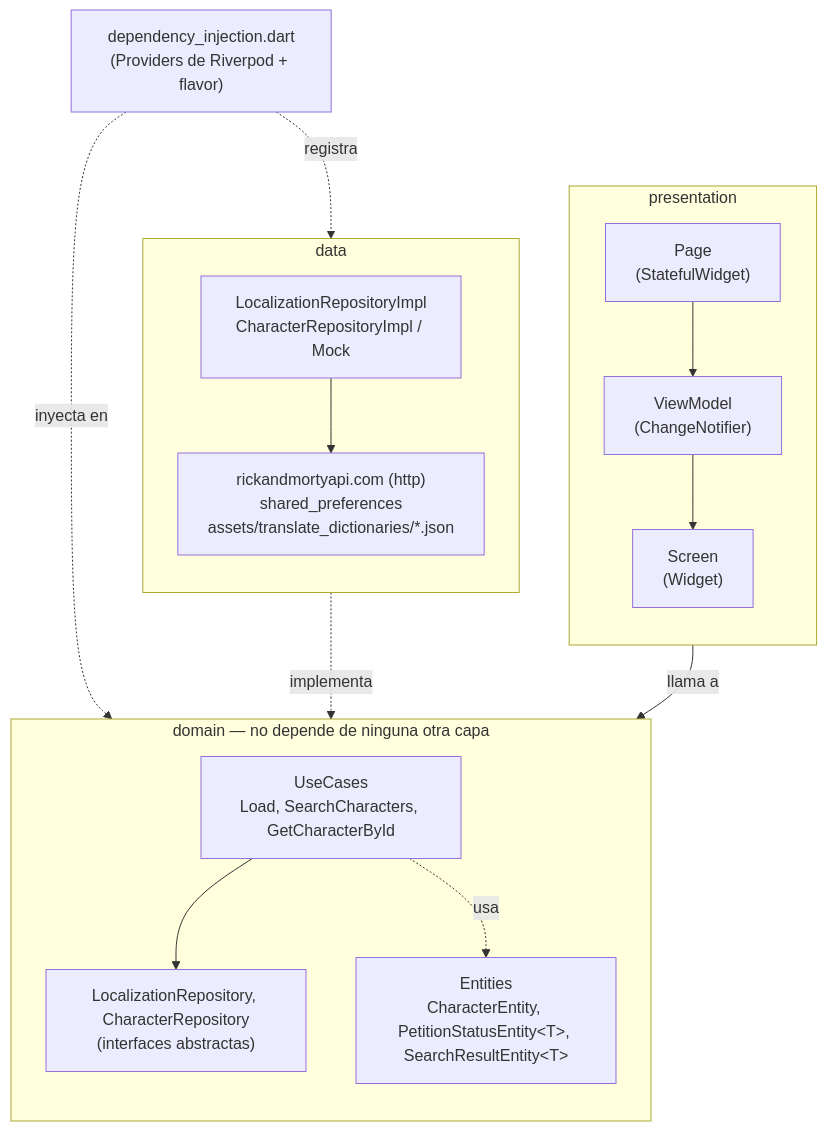
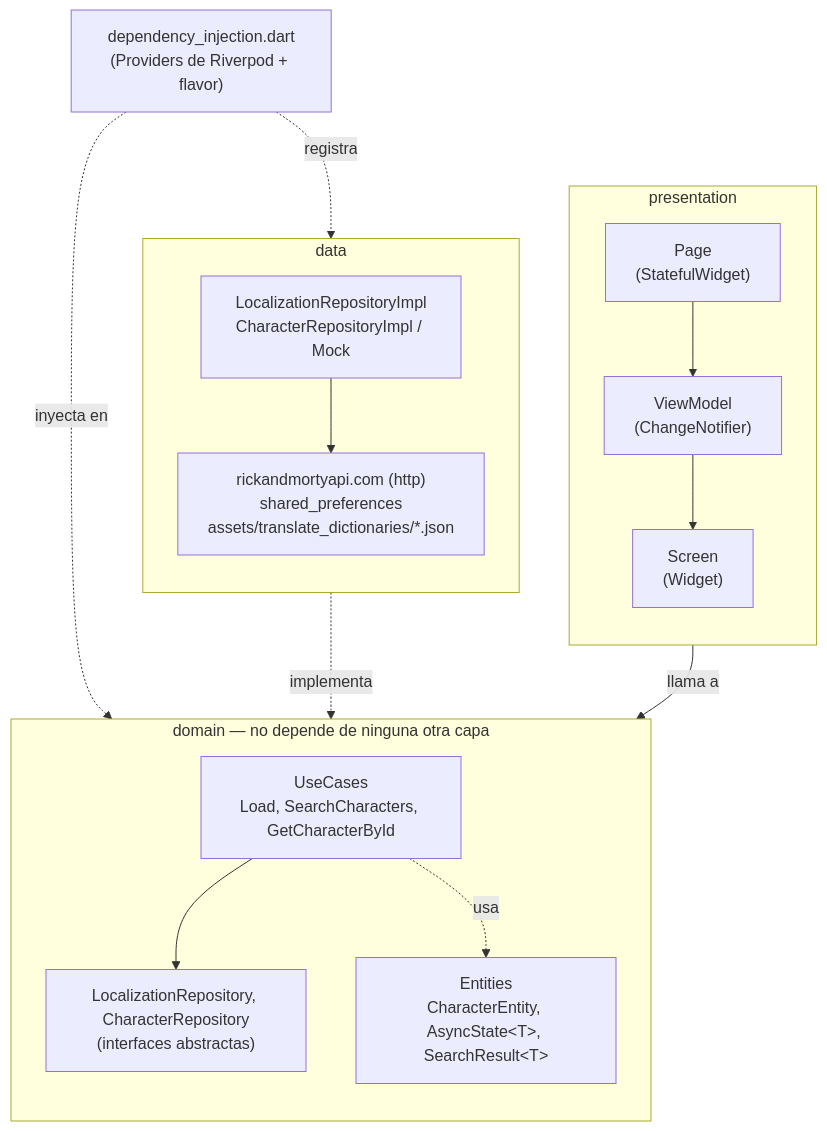
Before and after one commit to marlonc98/pragma_road_2: the diagram in README.md, drawn with Mermaid. The commit also changed other lines of this file and 19 other files, not shown here.

````diff
--- a/README.md
+++ b/README.md
@@ -82,32 +81,32 @@
 ```mermaid
 flowchart TB
     subgraph Presentation["presentation"]
         direction TB
         Page["Page<br/>(StatefulWidget)"]
         VM["ViewModel<br/>(ChangeNotifier)"]
         Screen["Screen<br/>(Widget)"]
         Page --> VM --> Screen
     end
 
     subgraph Domain["domain — no depende de ninguna otra capa"]
         direction TB
         UseCase["UseCases<br/>Load, SearchCharacters, GetCharacterById"]
         RepoI["LocalizationRepository, CharacterRepository<br/>(interfaces abstractas)"]
-        Entities["Entities<br/>CharacterEntity, PetitionStatusEntity&lt;T&gt;, SearchResultEntity&lt;T&gt;"]
+        Entities["Entities<br/>CharacterEntity, AsyncState&lt;T&gt;, SearchResult&lt;T&gt;"]
         UseCase --> RepoI
         UseCase -.->|usa| Entities
     end
 
     subgraph Data["data"]
         direction TB
         RepoImpl["LocalizationRepositoryImpl<br/>CharacterRepositoryImpl / Mock"]
         Sources["rickandmortyapi.com (http)<br/>shared_preferences<br/>assets/translate_dictionaries/*.json"]
         RepoImpl --> Sources
     end
 
     VM -->|llama a| UseCase
     RepoImpl -.->|implementa| RepoI
 
     DI["dependency_injection.dart<br/>(Providers de Riverpod + flavor)"] -.->|registra| RepoImpl
     DI -.->|inyecta en| UseCase
 ```
````
